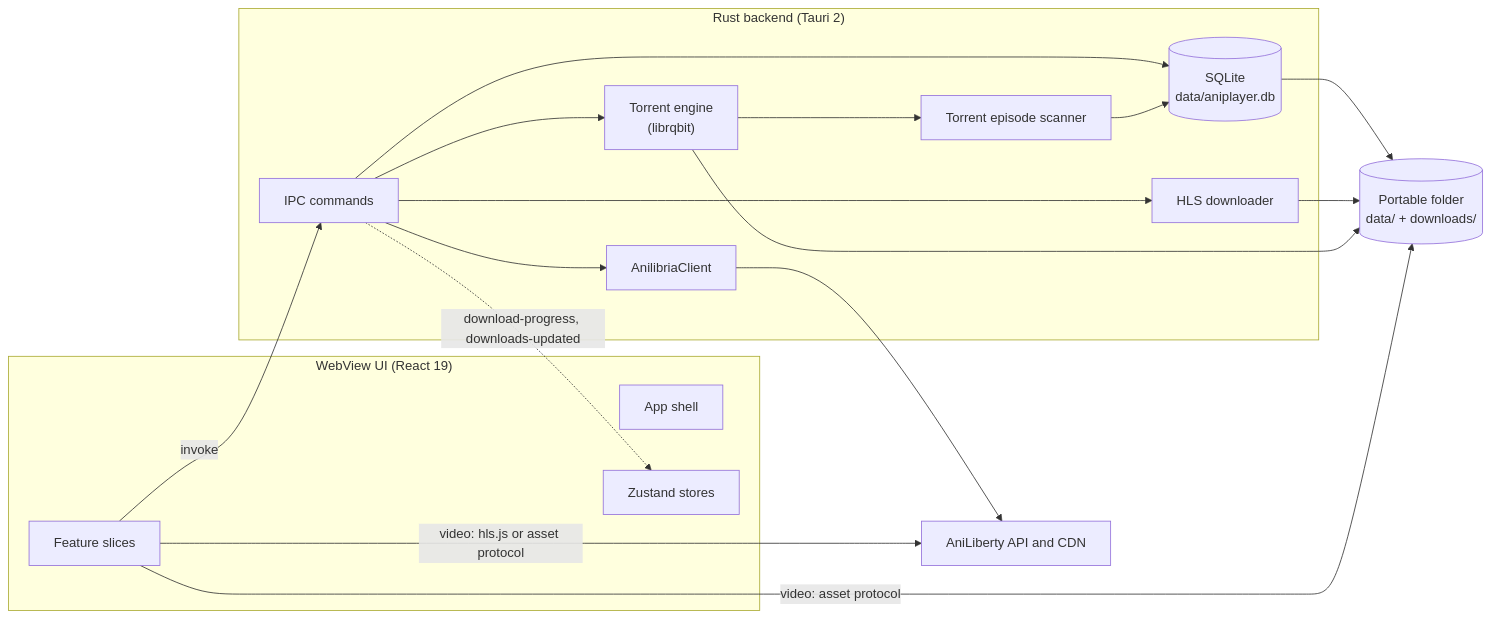
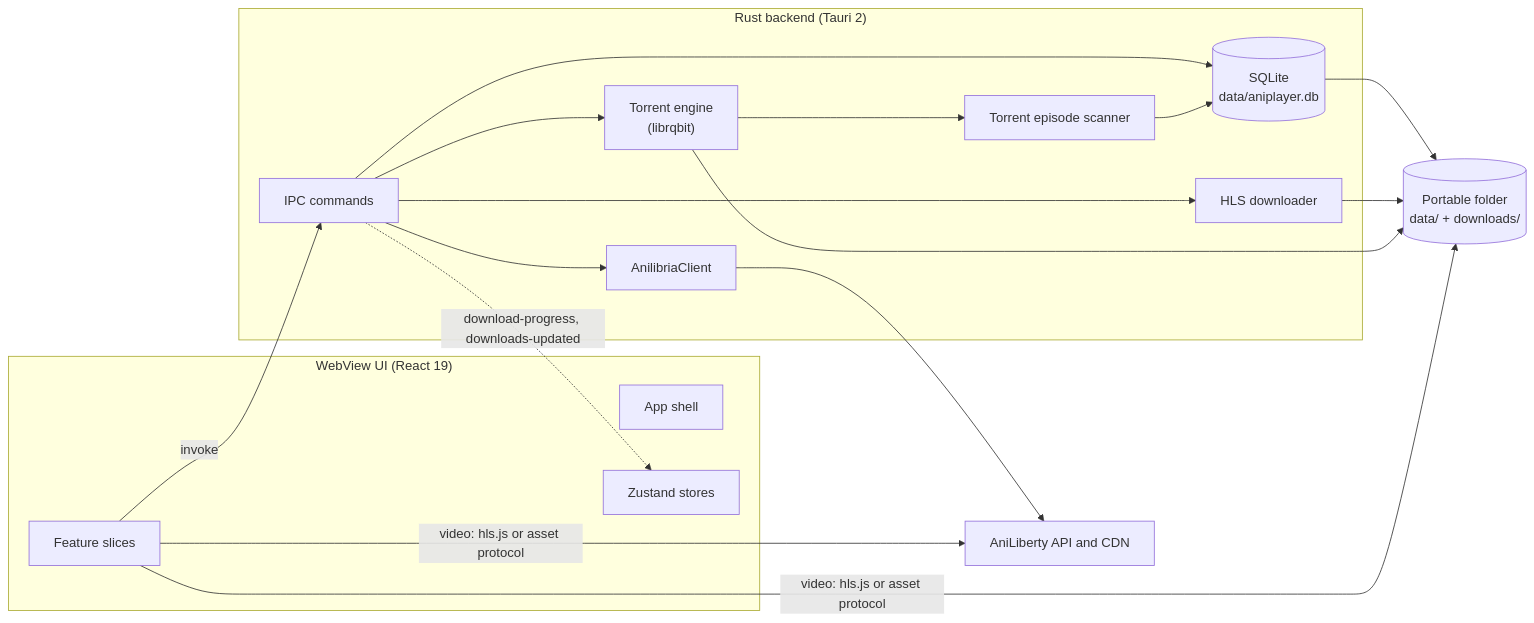
One commit to shidot3m/aniplayer changed the diagram in docs/architecture.md. Above: the diagram before and after it, drawn with Mermaid. The commit also changed other lines of this file and 20 other files, not shown here.

````diff
--- a/docs/architecture.md
+++ b/docs/architecture.md
@@ -9,30 +9,30 @@
 ```mermaid
 flowchart LR
     subgraph WebView["WebView UI (React 19)"]
         Shell["App shell"]
         Features["Feature slices"]
         Stores["Zustand stores"]
     end
 
     subgraph Rust["Rust backend (Tauri 2)"]
         Commands["IPC commands"]
         ApiClient["AnilibriaClient"]
         Database[("SQLite<br/>data/aniplayer.db")]
         HlsDownloader["HLS downloader"]
         TorrentEngine["Torrent engine<br/>(librqbit)"]
         Scanner["Torrent episode scanner"]
     end
 
     AniLiberty["AniLiberty API and CDN"]
     Disk[("Portable folder<br/>data/ + downloads/")]
 
     Features -->|invoke| Commands
     Commands --> ApiClient --> AniLiberty
     Commands --> Database --> Disk
     Commands --> HlsDownloader --> Disk
     Commands --> TorrentEngine --> Disk
     TorrentEngine --> Scanner --> Database
     Features -->|"video: hls.js or asset protocol"| AniLiberty
-    Features -->|"video: asset protocol"| Disk
+    Features -->|"video: hls.js or asset protocol"| Disk
     Commands -.->|"download-progress, downloads-updated"| Stores
 ```
````
